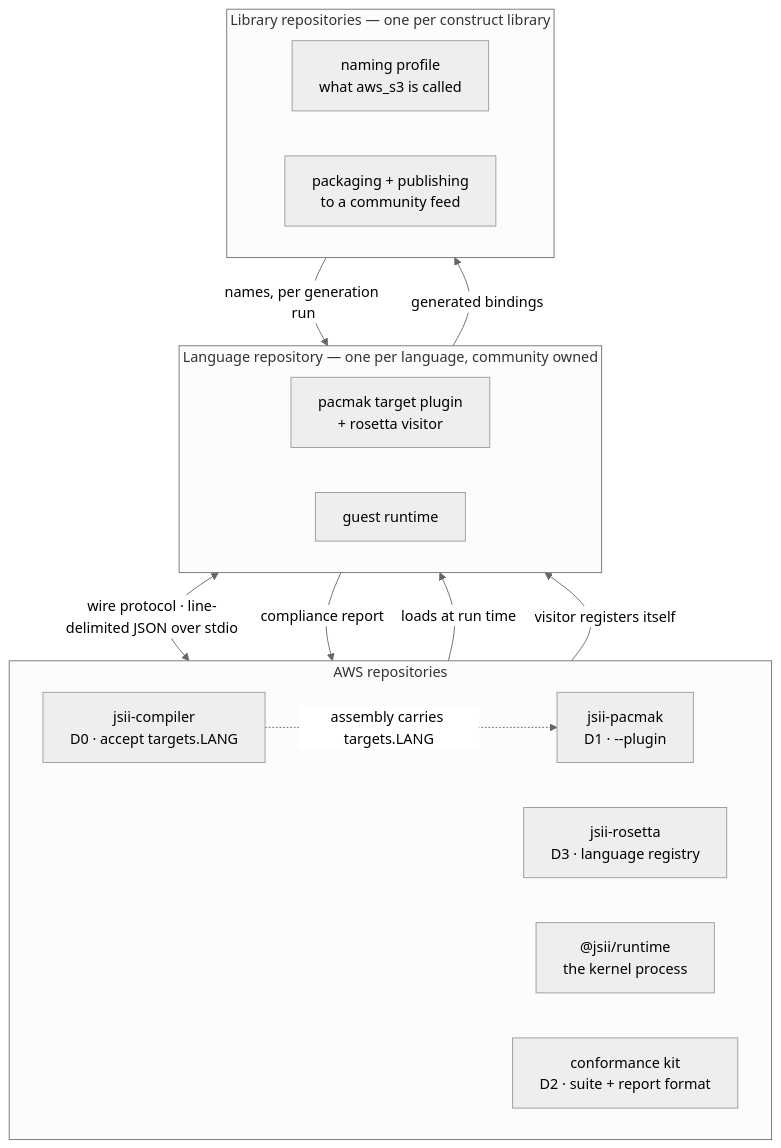
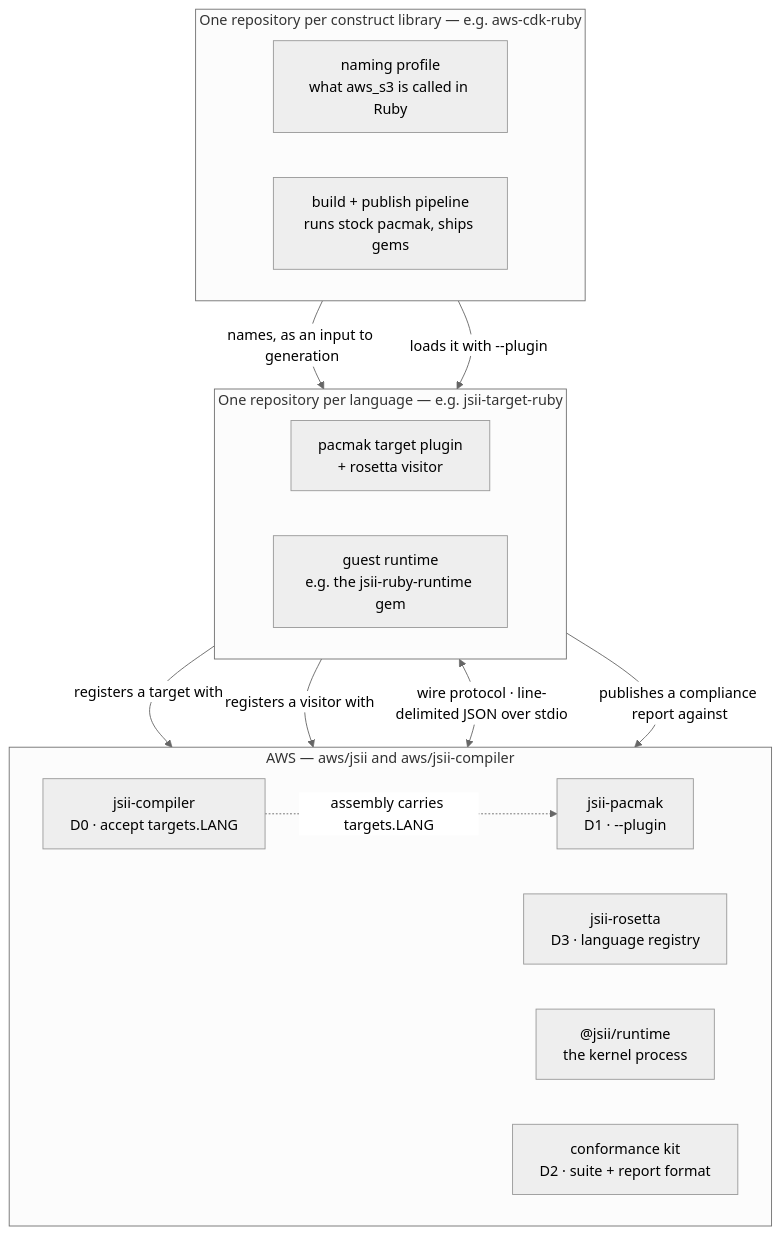
One commit to aws/aws-cdk-rfcs changed the diagram in text/0000-jsii-language-plugins.md. Above: the diagram before and after it, drawn with Mermaid (neutral theme). The commit also changed other lines of this file, not shown here.

````diff
--- a/text/0000-jsii-language-plugins.md
+++ b/text/0000-jsii-language-plugins.md
@@ -82,31 +82,31 @@
 ```mermaid
 flowchart TB
-  subgraph aws["AWS repositories"]
+  subgraph lib["One repository per construct library — e.g. aws-cdk-ruby"]
+    direction LR
+    profile["naming profile<br/>what aws_s3 is called in Ruby"]
+    pipeline["build + publish pipeline<br/>runs stock pacmak, ships gems"]
+  end
+
+  subgraph lang["One repository per language — e.g. jsii-target-ruby"]
+    direction LR
+    plugin["pacmak target plugin<br/>+ rosetta visitor"]
+    guest["guest runtime<br/>e.g. the jsii-ruby-runtime gem"]
+  end
+
+  subgraph aws["AWS — aws/jsii and aws/jsii-compiler"]
     direction LR
     compiler["jsii-compiler<br/>D0 · accept targets.LANG"]
     pacmak["jsii-pacmak<br/>D1 · --plugin"]
     rosetta["jsii-rosetta<br/>D3 · language registry"]
     kernel["@jsii/runtime<br/>the kernel process"]
     kit["conformance kit<br/>D2 · suite + report format"]
   end
 
-  subgraph lang["Language repository — one per language, community owned"]
-    direction LR
-    plugin["pacmak target plugin<br/>+ rosetta visitor"]
-    guest["guest runtime"]
-  end
-
-  subgraph lib["Library repositories — one per construct library"]
-    direction LR
-    profile["naming profile<br/>what aws_s3 is called"]
-    publish["packaging + publishing<br/>to a community feed"]
-  end
-
-  pacmak -- "loads at run time" --> plugin
-  rosetta -- "visitor registers itself" --> plugin
+  profile -- "names, as an input to generation" --> plugin
+  pipeline -- "loads it with --plugin" --> plugin
+  plugin -- "registers a target with" --> pacmak
+  plugin -- "registers a visitor with" --> rosetta
+  guest <-- "wire protocol · line-delimited JSON over stdio" --> kernel
+  guest -- "publishes a compliance report against" --> kit
   compiler -. "assembly carries targets.LANG" .-> pacmak
-  profile -- "names, per generation run" --> plugin
-  plugin -- "generated bindings" --> publish
-  guest <-- "wire protocol · line-delimited JSON over stdio" --> kernel
-  guest -- "compliance report" --> kit
 ```
````
